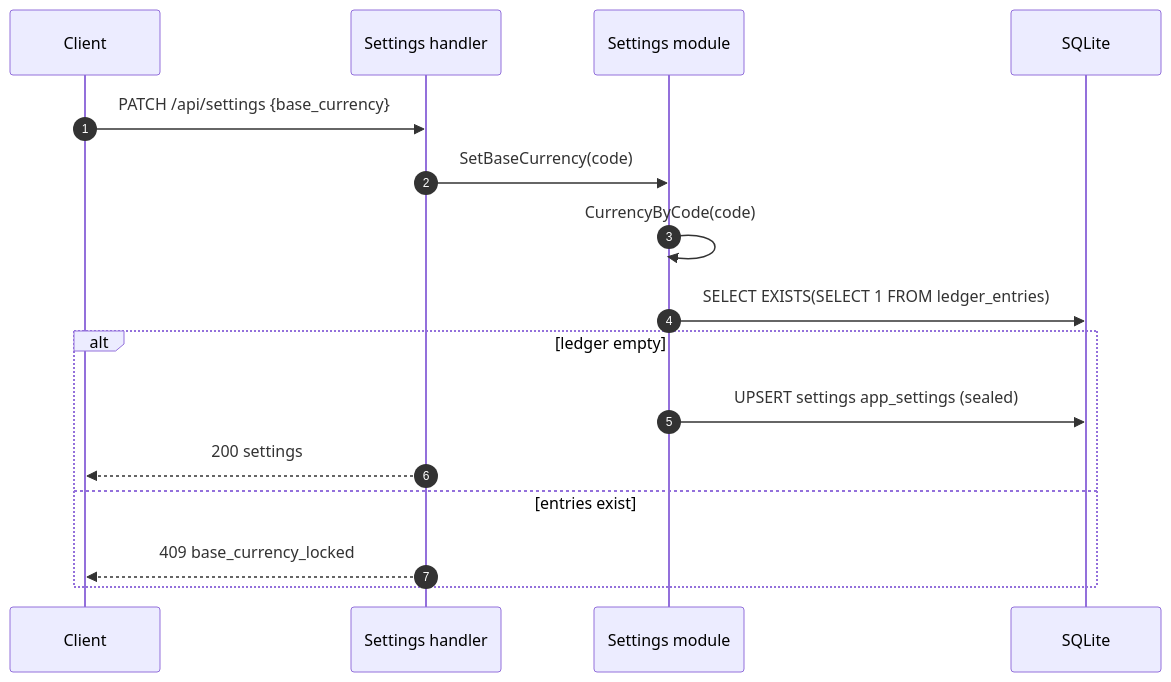
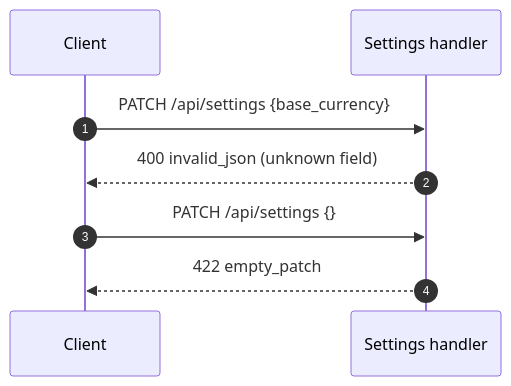
The diagram in docs/endpoints/PATCH_api_settings.md (dimasbaguspm/spenicle), drawn with Mermaid before and after one commit. The commit also changed other lines of this file and 32 other files, not shown here.

````diff
--- a/docs/endpoints/PATCH_api_settings.md
+++ b/docs/endpoints/PATCH_api_settings.md
@@ -53,18 +53,10 @@
 ```mermaid
 sequenceDiagram
     autonumber
     participant UI as Client
     participant H as Settings handler
-    participant S as Settings module
-    participant DB as SQLite
     UI->>H: PATCH /api/settings {base_currency}
-    H->>S: SetBaseCurrency(code)
-    S->>S: CurrencyByCode(code)
-    S->>DB: SELECT EXISTS(SELECT 1 FROM ledger_entries)
-    alt ledger empty
-        S->>DB: UPSERT settings app_settings (sealed)
-        H-->>UI: 200 settings
-    else entries exist
-        H-->>UI: 409 base_currency_locked
-    end
+    H-->>UI: 400 invalid_json (unknown field)
+    UI->>H: PATCH /api/settings {}
+    H-->>UI: 422 empty_patch
 ```
````
